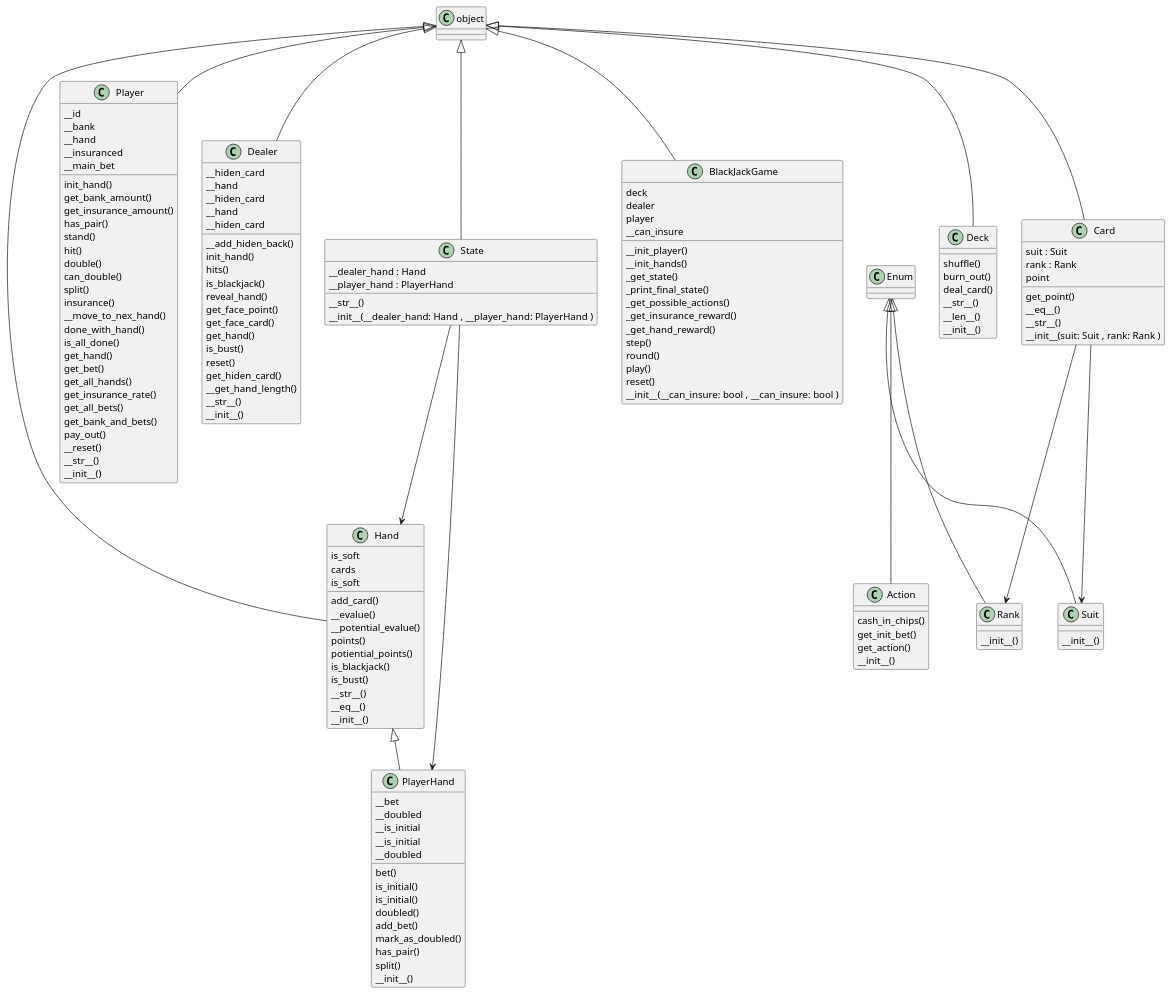
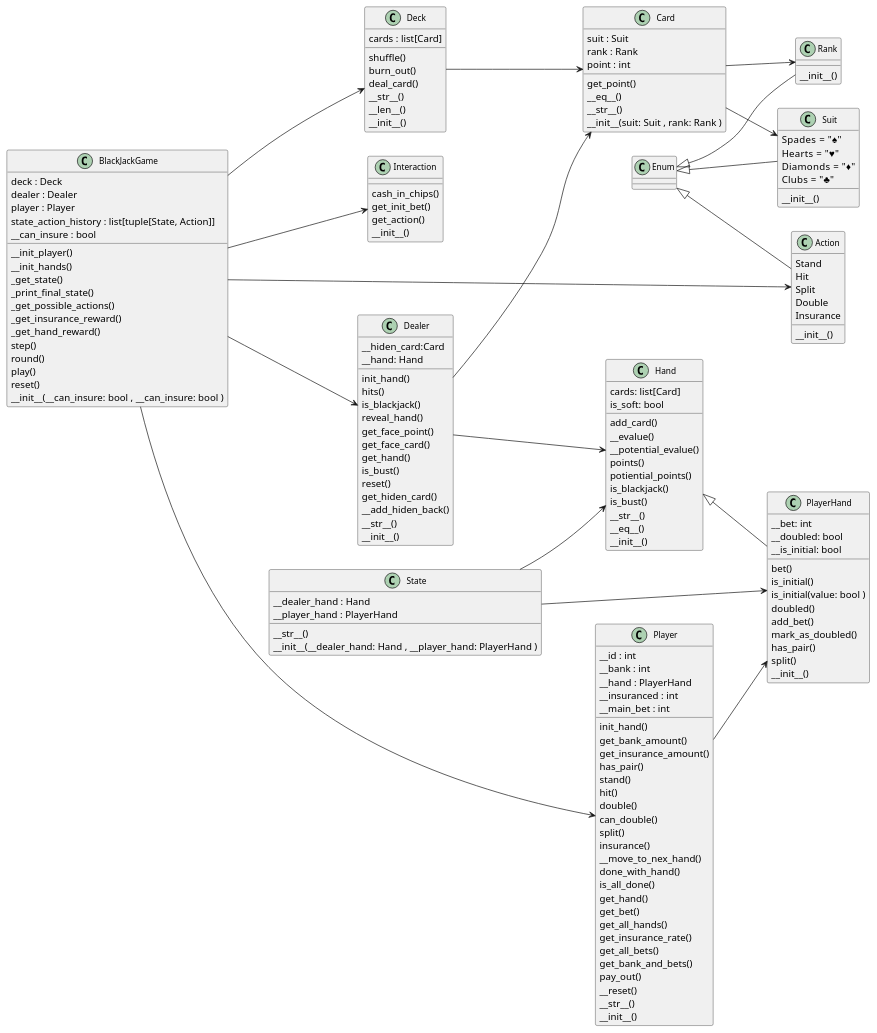
Before and after one commit to Horizon-42/black_jack: the diagram in models/Blackjack.wsd, drawn with PlantUML. The commit also changed 5 other files, not shown here.

```diff
--- a/models/Blackjack.wsd
+++ b/models/Blackjack.wsd
@@ -1,157 +1,175 @@
 @startuml Blackjack
+left to right direction
+skinparam classAttributeIconSize 0
+skinparam classFontSize 12
+skinparam classFontName "Arial"
+skinparam classBackgroundColor #F0F0F0
+
 class Suit {
-        __init__()
+    Spades = "♠"
+    Hearts = "♥"
+    Diamonds = "♦"
+    Clubs = "♣"
+    __init__()
 }
 class Rank {
-        __init__()
+    __init__()
 }
 class Card {
     get_point()
     __eq__()
     __str__()
-        suit : Suit 
+    suit : Suit 
     rank : Rank 
-    point
+    point : int
     __init__(suit: Suit , rank: Rank )
 }
 Enum <|-- Suit
 Enum <|-- Rank
-object <|-- Card
 Card --> Suit
 Card --> Rank
 
 class Deck {
     shuffle()
     burn_out()
     deal_card()
     __str__()
     __len__()
-        __init__()
+    __init__()
+    cards : list[Card]
 }
-object <|-- Deck
+Deck --> Card
 
 class Hand {
     add_card()
     __evalue()
     __potential_evalue()
     points()
     potiential_points()
     is_blackjack()
     is_bust()
+    cards: list[Card]
+    is_soft: bool
     __str__()
     __eq__()
-        is_soft
-    cards
-    is_soft
     __init__()
 }
 class PlayerHand {
     bet()
     is_initial()
-    is_initial()
+    is_initial(value: bool )
     doubled()
     add_bet()
     mark_as_doubled()
     has_pair()
     split()
-        __bet
-    __doubled
-    __is_initial
-    __is_initial
-    __doubled
+    __bet: int
+    __doubled: bool
+    __is_initial: bool
     __init__()
 }
-object <|-- Hand
+' object <|-- Hand
 Hand <|-- PlayerHand
 
 class Player {
     init_hand()
     get_bank_amount()
     get_insurance_amount()
     has_pair()
     stand()
     hit()
     double()
     can_double()
     split()
     insurance()
     __move_to_nex_hand()
     done_with_hand()
     is_all_done()
     get_hand()
     get_bet()
     get_all_hands()
     get_insurance_rate()
     get_all_bets()
     get_bank_and_bets()
     pay_out()
     __reset()
     __str__()
-    __id
-    __bank
-    __hand
-    __insuranced
-    __main_bet
+    __id : int
+    __bank : int
+    __hand : PlayerHand
+    __insuranced : int
+    __main_bet : int
     __init__()
 }
-object <|-- Player
+' object <|-- Player
+Player --> PlayerHand
 
 class Dealer {
-    __add_hiden_back()
     init_hand()
     hits()
     is_blackjack()
     reveal_hand()
     get_face_point()
     get_face_card()
     get_hand()
     is_bust()
     reset()
     get_hiden_card()
-    __get_hand_length()
+    __add_hiden_back()
     __str__()
-        __hiden_card
-    __hand
-    __hiden_card
-    __hand
-    __hiden_card
+    __init__()
+    __hiden_card:Card
+    __hand: Hand
+}
+' object <|-- Dealer
+Dealer --> Hand
+Dealer --> Card
+
+class Action {
+    Stand
+    Hit
+    Split
+    Double
+    Insurance
     __init__()
 }
-object <|-- Dealer
-
-class Action {
+class Interaction {
     cash_in_chips()
     get_init_bet()
     get_action()
-        __init__()
+    __init__()
 }
 class State {
     __str__()
-        __dealer_hand : Hand 
+    __dealer_hand : Hand 
     __player_hand : PlayerHand 
     __init__(__dealer_hand: Hand , __player_hand: PlayerHand )
 }
 class BlackJackGame {
     __init_player()
     __init_hands()
     _get_state()
     _print_final_state()
     _get_possible_actions()
     _get_insurance_reward()
     _get_hand_reward()
     step()
     round()
     play()
     reset()
-    deck
-    dealer
-    player
-    __can_insure
+    deck : Deck
+    dealer : Dealer
+    player : Player
+    state_action_history : list[tuple[State, Action]]
+    __can_insure : bool
     __init__(__can_insure: bool , __can_insure: bool )
 }
 Enum <|-- Action
-object <|-- State
 State --> Hand
 State --> PlayerHand
-object <|-- BlackJackGame
+BlackJackGame --> Action
+BlackJackGame --> Deck
+BlackJackGame --> Dealer
+BlackJackGame --> Player
+BlackJackGame --> Interaction
 @enduml
```
